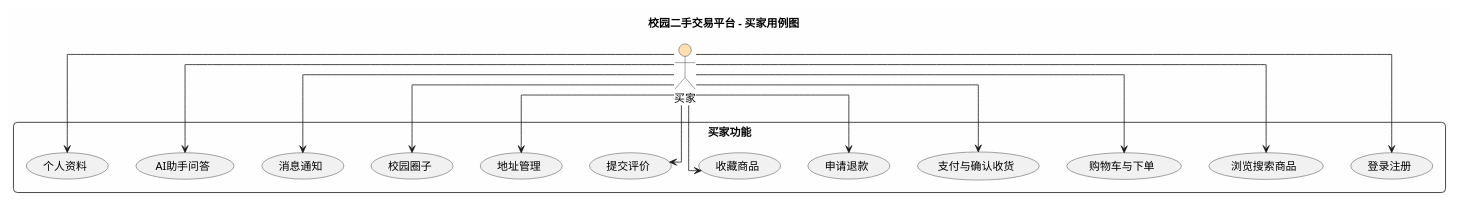
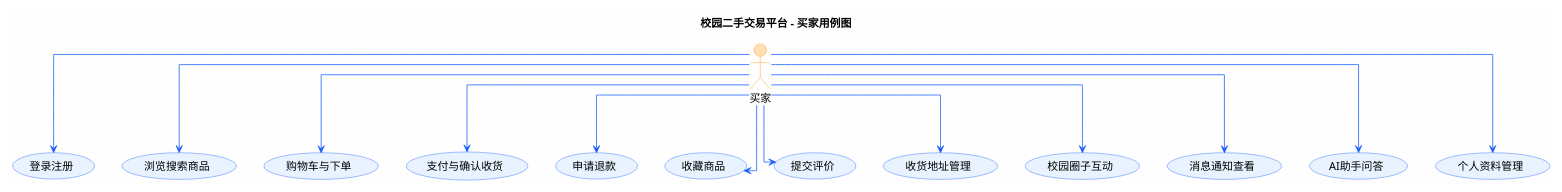
One commit to RYELOBE/hmapp01 changed the diagram in docs/usecase-buyer.puml. Above: the diagram before and after it, drawn with PlantUML. The commit also changed 2 other files, not shown here.

```diff
--- a/docs/usecase-buyer.puml
+++ b/docs/usecase-buyer.puml
@@ -1,39 +1,46 @@
 @startuml
 skinparam backgroundColor #FEFEFE
 skinparam shadowing false
 skinparam roundcorner 10
 skinparam linetype ortho
+skinparam usecase {
+  BackgroundColor #E8F3FF
+  BorderColor #165DFF
+  ArrowColor #165DFF
+}
+skinparam actor {
+  BackgroundColor #FFE0B2
+  BorderColor #FF9800
+}
 
 title 校园二手交易平台 - 买家用例图
 
-actor "买家" as buyer #FFE0B2
+actor "买家" as buyer
 
-rectangle "买家功能" {
-    usecase "登录注册" as UC1
-    usecase "浏览搜索商品" as UC2
-    usecase "购物车与下单" as UC3
-    usecase "支付与确认收货" as UC4
-    usecase "申请退款" as UC5
-    usecase "收藏商品" as UC6
-    usecase "提交评价" as UC7
-    usecase "地址管理" as UC8
-    usecase "校园圈子" as UC9
-    usecase "消息通知" as UC10
-    usecase "AI助手问答" as UC11
-    usecase "个人资料" as UC12
-}
+usecase "登录注册" as UC1
+usecase "浏览搜索商品" as UC2
+usecase "购物车与下单" as UC3
+usecase "支付与确认收货" as UC4
+usecase "申请退款" as UC5
+usecase "收藏商品" as UC6
+usecase "提交评价" as UC7
+usecase "收货地址管理" as UC8
+usecase "校园圈子互动" as UC9
+usecase "消息通知查看" as UC10
+usecase "AI助手问答" as UC11
+usecase "个人资料管理" as UC12
 
 buyer --> UC1
 buyer --> UC2
 buyer --> UC3
 buyer --> UC4
 buyer --> UC5
 buyer --> UC6
 buyer --> UC7
 buyer --> UC8
 buyer --> UC9
 buyer --> UC10
 buyer --> UC11
 buyer --> UC12
 
 @enduml
```
